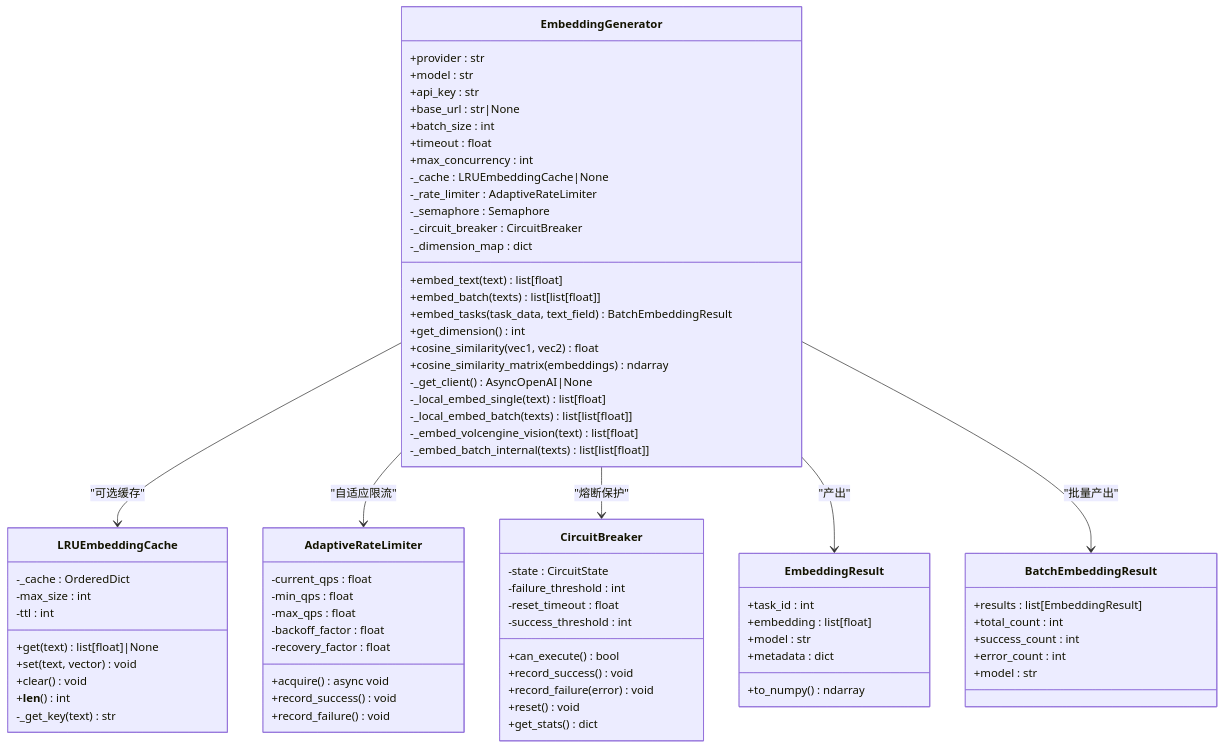
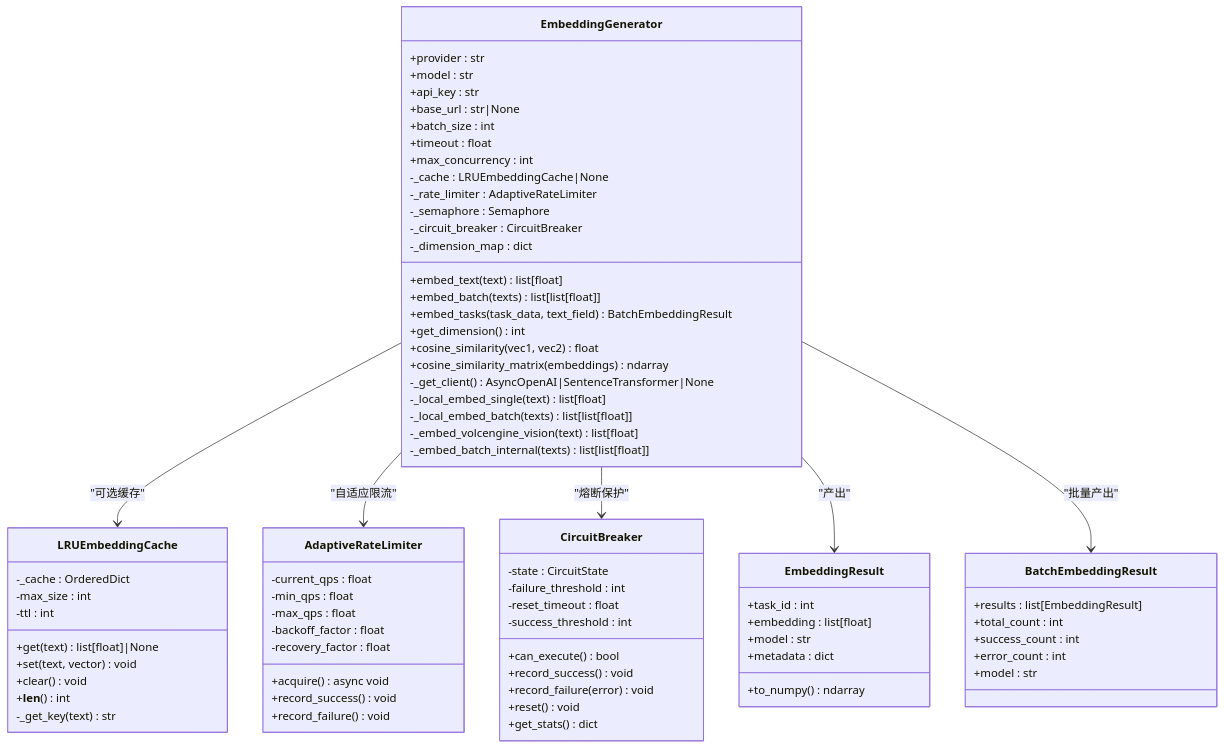
The second of 7 diagrams in .qoder/repowiki/zh/content/核心架构/核心组件/嵌入向量生成器.md (boyingliu01/fault-review-analyzer), drawn with Mermaid before and after one commit. The commit also changed other lines of this file and 125 other files, not shown here.

````diff
--- a/.qoder/repowiki/zh/content/核心架构/核心组件/嵌入向量生成器.md
+++ b/.qoder/repowiki/zh/content/核心架构/核心组件/嵌入向量生成器.md
@@ -102,78 +113,78 @@
 ```mermaid
 classDiagram
 class EmbeddingGenerator {
 +provider : str
 +model : str
 +api_key : str
 +base_url : str|None
 +batch_size : int
 +timeout : float
 +max_concurrency : int
 +embed_text(text) list[float]
 +embed_batch(texts) list[list[float]]
 +embed_tasks(task_data, text_field) BatchEmbeddingResult
 +get_dimension() int
 +cosine_similarity(vec1, vec2) float
 +cosine_similarity_matrix(embeddings) ndarray
--_get_client() AsyncOpenAI|None
+-_get_client() AsyncOpenAI|SentenceTransformer|None
 -_local_embed_single(text) list[float]
 -_local_embed_batch(texts) list[list[float]]
 -_embed_volcengine_vision(text) list[float]
 -_embed_batch_internal(texts) list[list[float]]
 -_cache : LRUEmbeddingCache|None
 -_rate_limiter : AdaptiveRateLimiter
 -_semaphore : Semaphore
 -_circuit_breaker : CircuitBreaker
 -_dimension_map : dict
 }
 class LRUEmbeddingCache {
 +get(text) list[float]|None
 +set(text, vector) void
 +clear() void
 +__len__() int
 -_get_key(text) str
 -_cache : OrderedDict
 -max_size : int
 -ttl : int
 }
 class AdaptiveRateLimiter {
 +acquire() async void
 +record_success() void
 +record_failure() void
 -current_qps : float
 -min_qps : float
 -max_qps : float
 -backoff_factor : float
 -recovery_factor : float
 }
 class CircuitBreaker {
 +can_execute() bool
 +record_success() void
 +record_failure(error) void
 +reset() void
 +get_stats() dict
 -state : CircuitState
 -failure_threshold : int
 -reset_timeout : float
 -success_threshold : int
 }
 class EmbeddingResult {
 +task_id : int
 +embedding : list[float]
 +model : str
 +metadata : dict
 +to_numpy() ndarray
 }
 class BatchEmbeddingResult {
 +results : list[EmbeddingResult]
 +total_count : int
 +success_count : int
 +error_count : int
 +model : str
 }
 EmbeddingGenerator --> LRUEmbeddingCache : "可选缓存"
 EmbeddingGenerator --> AdaptiveRateLimiter : "自适应限流"
 EmbeddingGenerator --> CircuitBreaker : "熔断保护"
 EmbeddingGenerator --> EmbeddingResult : "产出"
 EmbeddingGenerator --> BatchEmbeddingResult : "批量产出"
 ```
````
